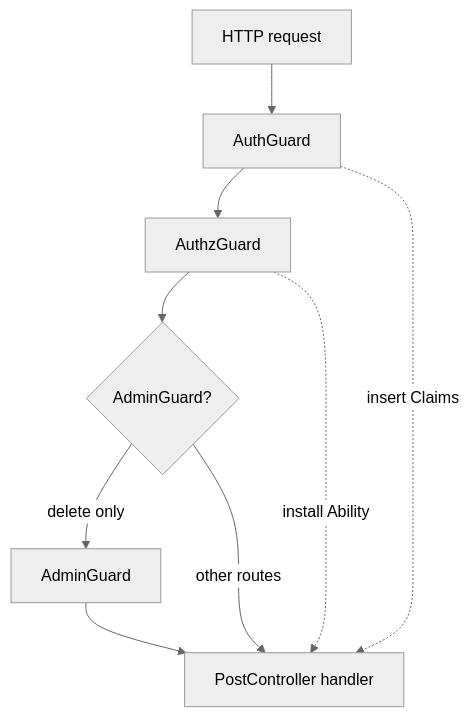
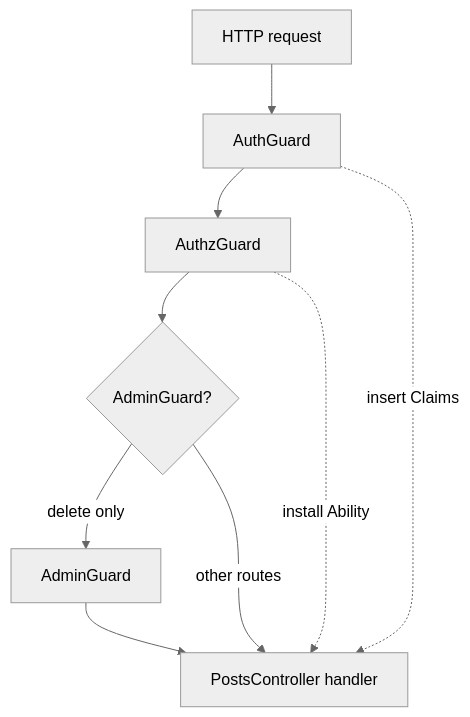
One commit to YV17labs/NestRS changed the second of 5 diagrams in docs/src/content/docs/fundamentals/guards.mdx. Above: the diagram before and after it, drawn with Mermaid (neutral theme). The commit also changed other lines of this file and 27 other files, not shown here.

````diff
--- a/docs/src/content/docs/fundamentals/guards.mdx
+++ b/docs/src/content/docs/fundamentals/guards.mdx
@@ -187,11 +187,11 @@
 ```mermaid
 flowchart TB
   REQ[HTTP request] --> AG[AuthGuard]
   AG --> AZ[AuthzGuard]
   AZ --> AD{AdminGuard?}
   AD -->|delete only| ADG[AdminGuard]
-  AD -->|other routes| H[PostController handler]
+  AD -->|other routes| H[PostsController handler]
   ADG --> H
   AG -. "insert Claims" .-> H
   AZ -. "install Ability" .-> H
 ```
````
